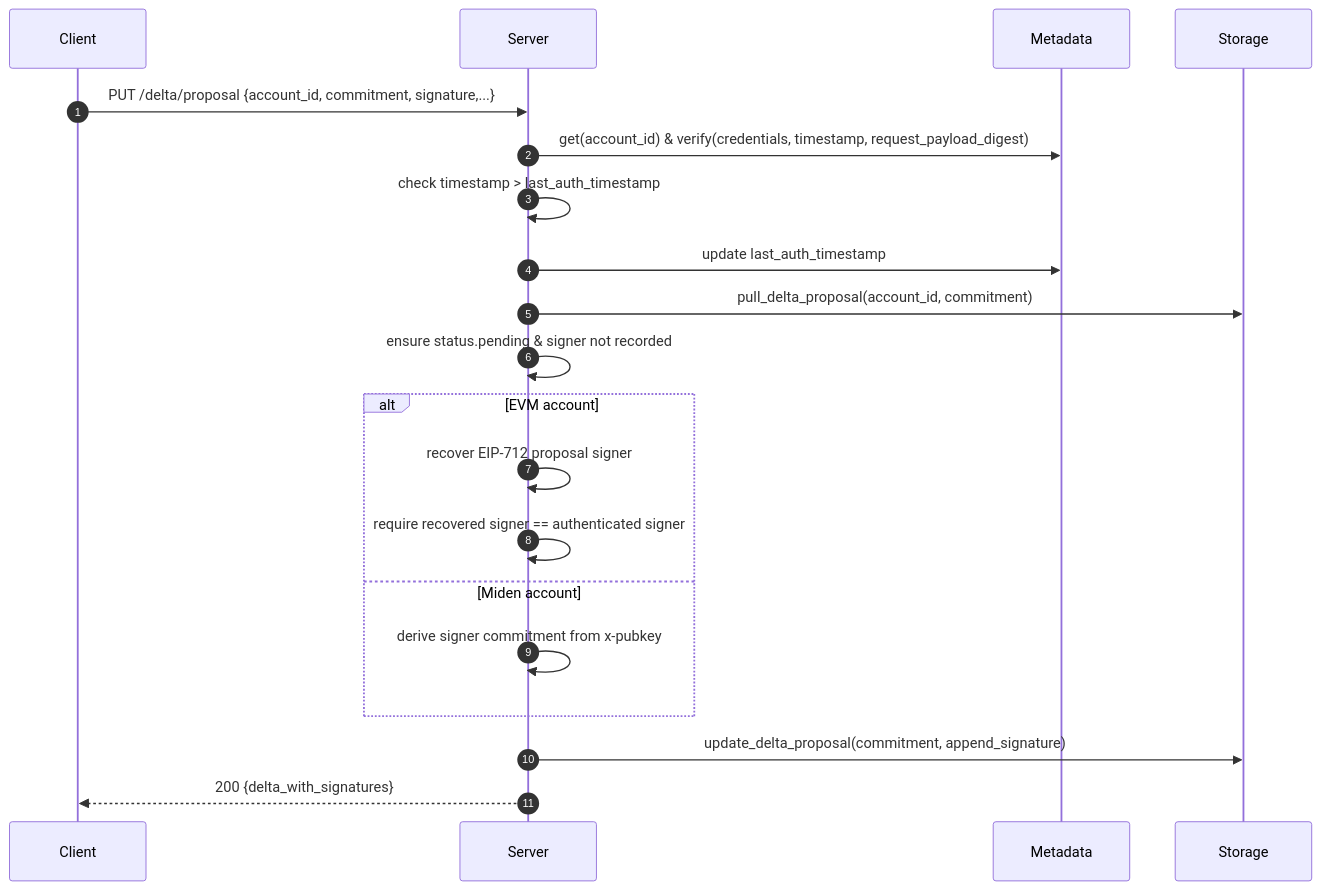
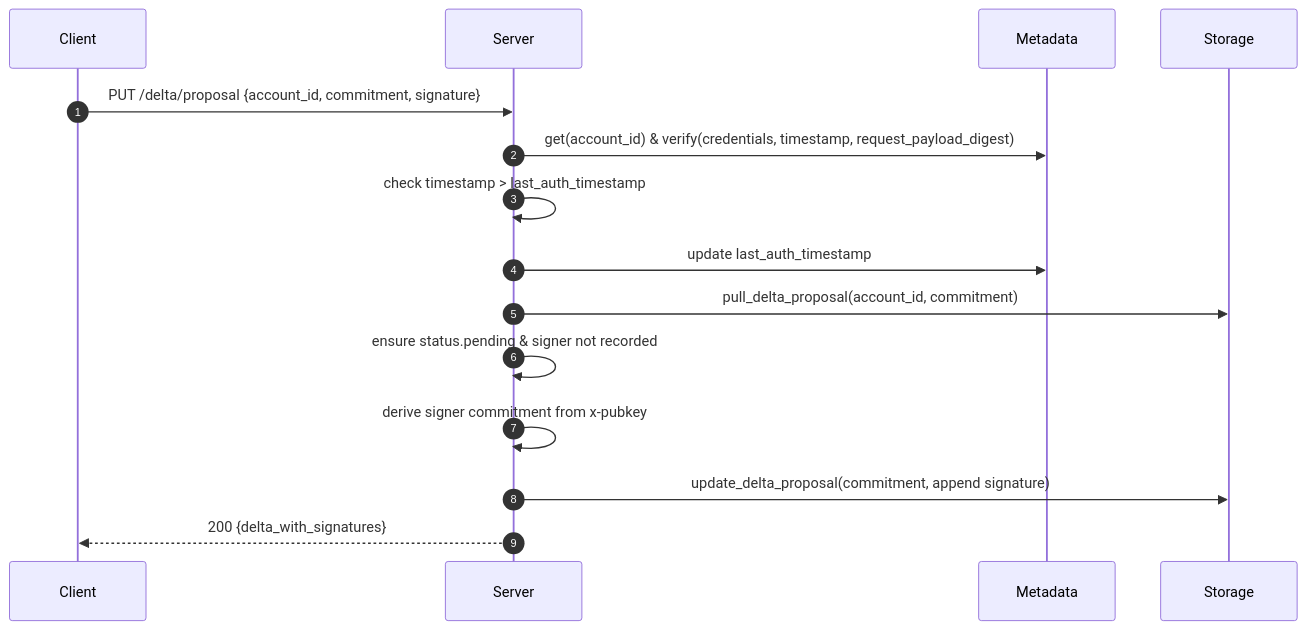
One commit to OpenZeppelin/guardian changed the seventh of 10 diagrams in spec/processes.md. Above: the diagram before and after it, drawn with Mermaid. The commit also changed other lines of this file and 55 other files, not shown here.

````diff
--- a/spec/processes.md
+++ b/spec/processes.md
@@ -167,22 +146,17 @@
 ```mermaid
 sequenceDiagram
   autonumber
   participant C as Client
   participant S as Server
   participant M as Metadata
   participant ST as Storage
-  C->>S: PUT /delta/proposal {account_id, commitment, signature,...}
+  C->>S: PUT /delta/proposal {account_id, commitment, signature}
   S->>M: get(account_id) & verify(credentials, timestamp, request_payload_digest)
   S->>S: check timestamp > last_auth_timestamp
   S->>M: update last_auth_timestamp
   S->>ST: pull_delta_proposal(account_id, commitment)
   S->>S: ensure status.pending & signer not recorded
-  alt EVM account
-    S->>S: recover EIP-712 proposal signer
-    S->>S: require recovered signer == authenticated signer
-  else Miden account
-    S->>S: derive signer commitment from x-pubkey
-  end
-  S->>ST: update_delta_proposal(commitment, append_signature)
+  S->>S: derive signer commitment from x-pubkey
+  S->>ST: update_delta_proposal(commitment, append signature)
   S-->>C: 200 {delta_with_signatures}
 ```
````
